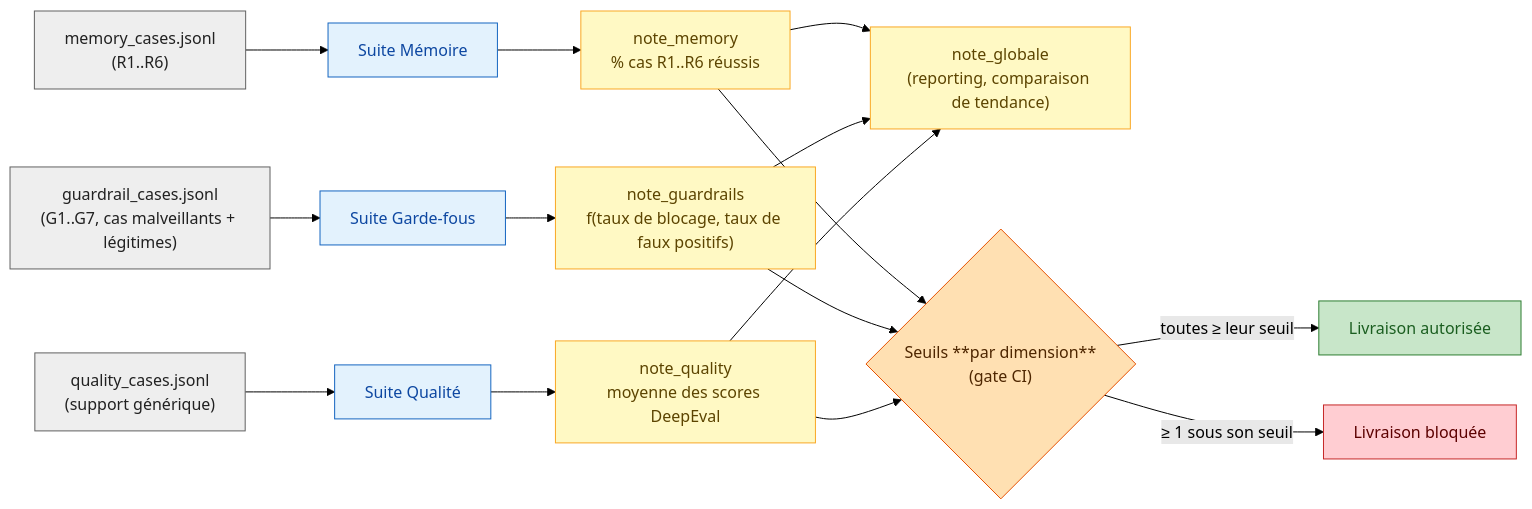
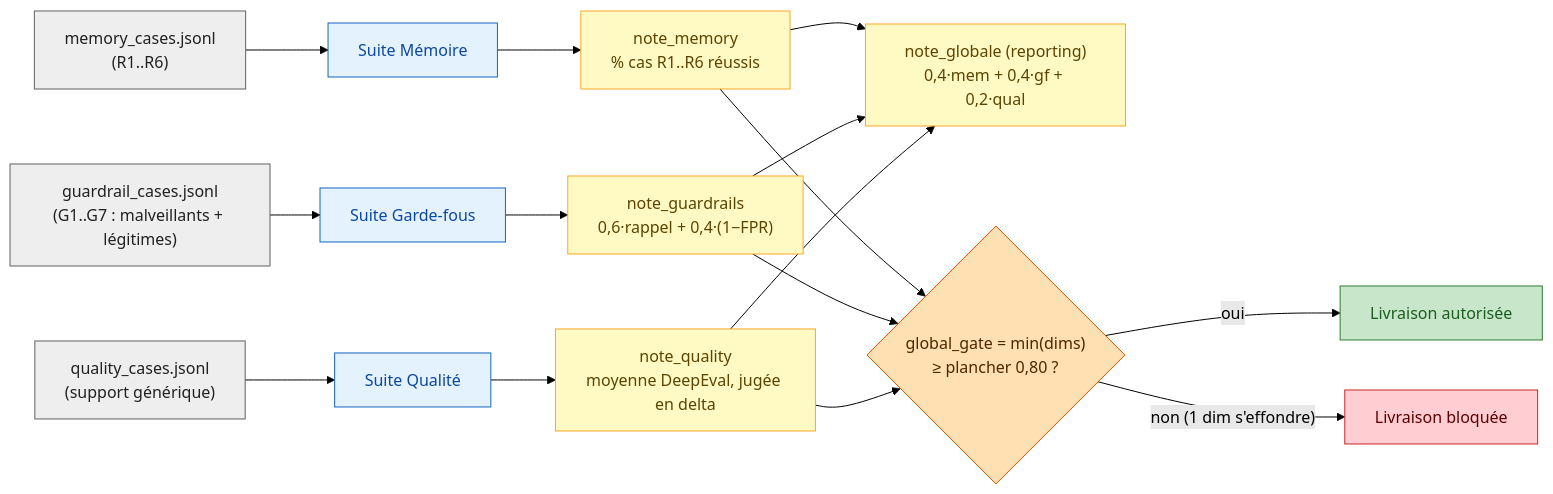
One commit to sofiane-git/velmo-v2 changed the second of 3 diagrams in docs/job/conceptions/conception_chantier3_evaluation_mlops.md. Above: the diagram before and after it, drawn with Mermaid (forest theme). The commit also changed other lines of this file and 1 other file, not shown here.

First line of the commit message:
docs(conception): make chantier3 gate depend only on local Postgres data

````diff
--- a/docs/job/conceptions/conception_chantier3_evaluation_mlops.md
+++ b/docs/job/conceptions/conception_chantier3_evaluation_mlops.md
@@ -66,33 +136,33 @@
 ```mermaid
 flowchart LR
     MC["memory_cases.jsonl<br/>(R1..R6)"] --> SM["Suite Mémoire"]
-    GC["guardrail_cases.jsonl<br/>(G1..G7, cas malveillants + légitimes)"] --> SG["Suite Garde-fous"]
+    GC["guardrail_cases.jsonl<br/>(G1..G7 : malveillants + légitimes)"] --> SG["Suite Garde-fous"]
     QC["quality_cases.jsonl<br/>(support générique)"] --> SQ["Suite Qualité"]
 
     SM --> NM["note_memory<br/>% cas R1..R6 réussis"]
-    SG --> NG["note_guardrails<br/>f(taux de blocage, taux de faux positifs)"]
-    SQ --> NQ["note_quality<br/>moyenne des scores DeepEval"]
+    SG --> NG["note_guardrails<br/>0,6·rappel + 0,4·(1−FPR)"]
+    SQ --> NQ["note_quality<br/>moyenne DeepEval, jugée en delta"]
 
-    NM --> GLOB["note_globale<br/>(reporting, comparaison de tendance)"]
+    NM --> GLOB["note_globale (reporting)<br/>0,4·mem + 0,4·gf + 0,2·qual"]
     NG --> GLOB
     NQ --> GLOB
 
-    NM --> GATE{"Seuils **par dimension**<br/>(gate CI)"}
+    NM --> GATE{"global_gate = min(dims)<br/>≥ plancher 0,80 ?"}
     NG --> GATE
     NQ --> GATE
-    GATE -->|"toutes ≥ leur seuil"| PASS["Livraison autorisée"]
-    GATE -->|"≥ 1 sous son seuil"| FAIL["Livraison bloquée"]
+    GATE -->|"oui"| PASS["Livraison autorisée"]
+    GATE -->|"non (1 dim s'effondre)"| FAIL["Livraison bloquée"]
 
     classDef fixture fill:#eeeeee,stroke:#616161,color:#212121;
     classDef suite fill:#e3f2fd,stroke:#1565c0,color:#0d47a1;
     classDef note fill:#fff9c4,stroke:#f9a825,color:#5c4400;
     classDef gate fill:#ffe0b2,stroke:#e65100,color:#4e2600;
     classDef pass fill:#c8e6c9,stroke:#2e7d32,color:#1b5e20;
     classDef fail fill:#ffcdd2,stroke:#c62828,color:#5c0000;
     class MC,GC,QC fixture;
     class SM,SG,SQ suite;
     class NM,NG,NQ,GLOB note;
     class GATE gate;
     class PASS pass;
     class FAIL fail;
 ```
````
